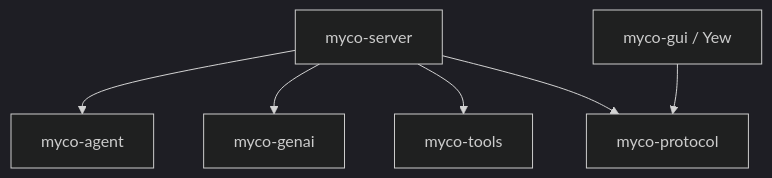
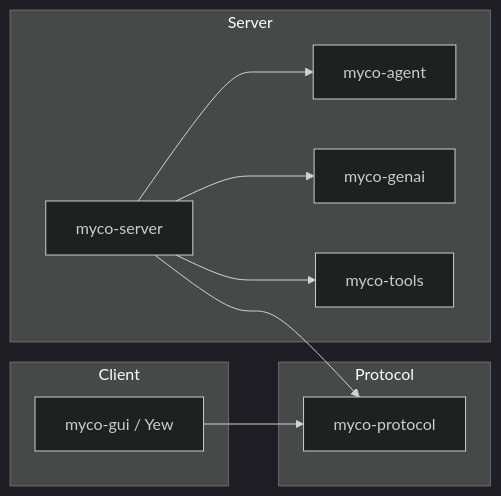
Before and after one commit to tsnl/myco: the diagram in DESIGN.md, drawn with Mermaid (dark theme). The commit also changed other lines of this file, not shown here.

Commit message:
Condense architecture design and group crate diagram

````diff
--- a/DESIGN.md
+++ b/DESIGN.md
@@ -18,8 +7,16 @@
 ```mermaid
-flowchart TD
-    server[myco-server] --> agent[myco-agent]
-    server --> genai[myco-genai]
-    server --> tools[myco-tools]
-    server --> protocol[myco-protocol]
-    gui[myco-gui / Yew] --> protocol
+flowchart LR
+    subgraph Server
+        server[myco-server] --> agent[myco-agent]
+        server --> genai[myco-genai]
+        server --> tools[myco-tools]
+    end
+    subgraph Protocol
+        protocol[myco-protocol]
+    end
+    subgraph Client
+        gui[myco-gui / Yew]
+    end
+    server --> protocol
+    gui --> protocol
 ```
````
